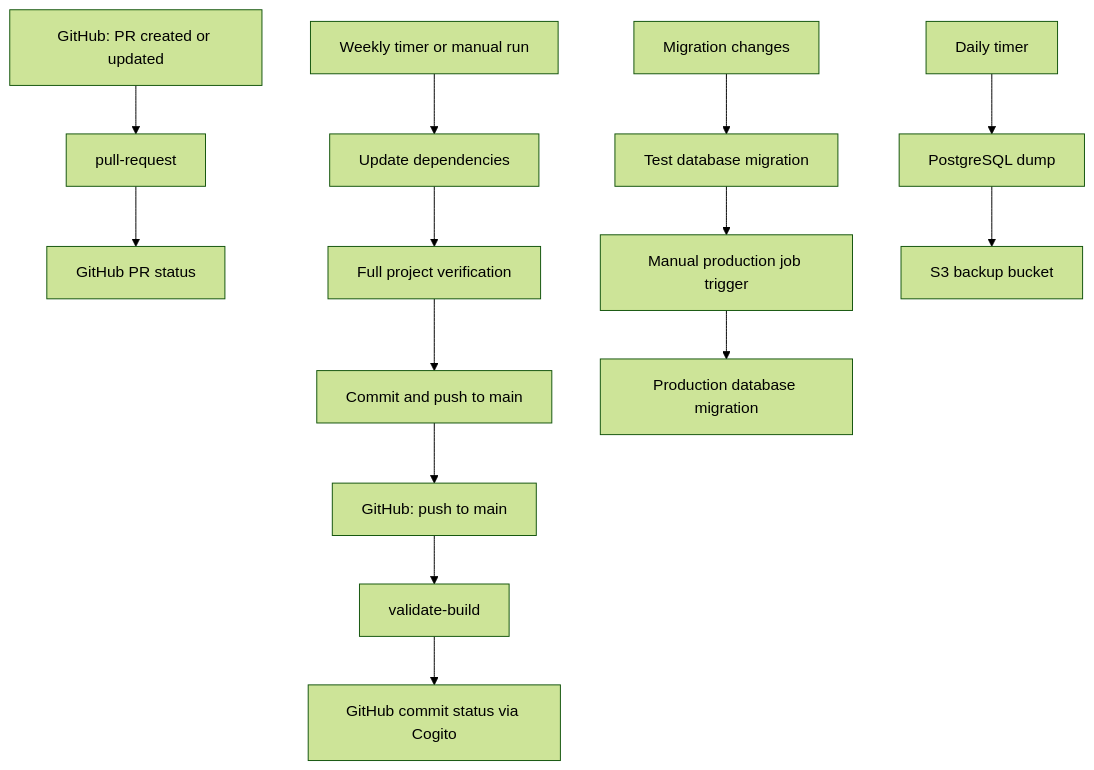
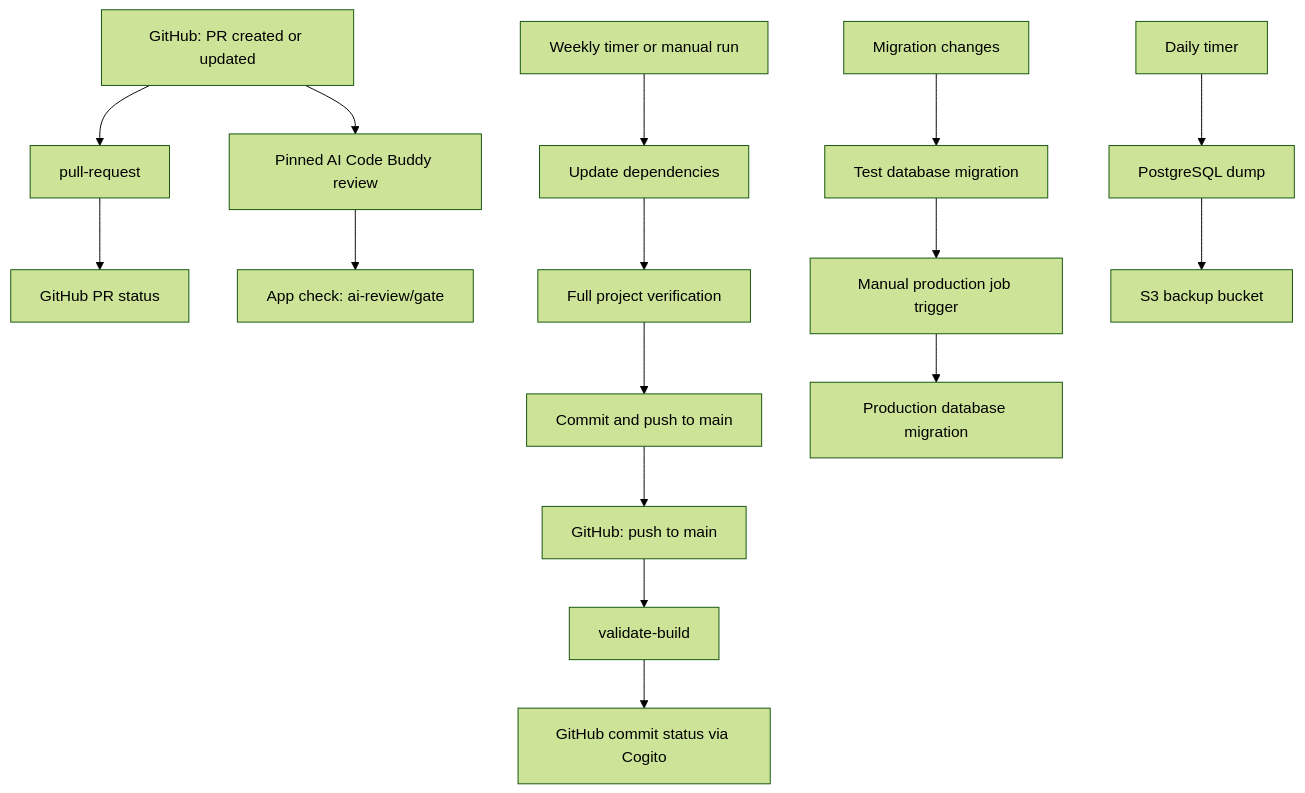
One commit to BudgetBuddyDE/BudgetBuddyDE changed the diagram in apps/documentation/docs/ci/architecture.md. Above: the diagram before and after it, drawn with Mermaid (forest theme). The commit also changed other lines of this file and 39 other files, not shown here.

Commit message:
feat(ci): consume pinned AI Code Buddy tasks and image

````diff
--- a/apps/documentation/docs/ci/architecture.md
+++ b/apps/documentation/docs/ci/architecture.md
@@ -43,19 +50,21 @@
 ```mermaid
 flowchart TD
   main["GitHub: push to main"] --> validation["validate-build"]
   validation --> commitStatus["GitHub commit status via Cogito"]
   pr["GitHub: PR created or updated"] --> prValidation["pull-request"]
   prValidation --> prStatus["GitHub PR status"]
+  pr --> aiReview["Pinned AI Code Buddy review"]
+  aiReview --> aiGate["App check: ai-review/gate"]
 
   weekly["Weekly timer or manual run"] --> dependencies["Update dependencies"]
   dependencies --> verification["Full project verification"]
   verification --> push["Commit and push to main"]
   push --> main
 
   migrations["Migration changes"] --> testMigration["Test database migration"]
   testMigration --> approval["Manual production job trigger"]
   approval --> prodMigration["Production database migration"]
 
   daily["Daily timer"] --> dump["PostgreSQL dump"]
   dump --> s3["S3 backup bucket"]
 ```
````
